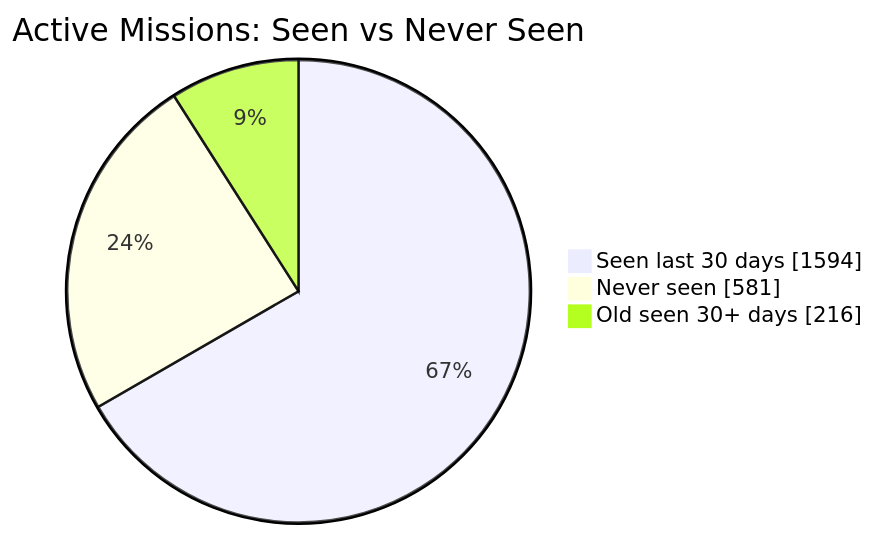
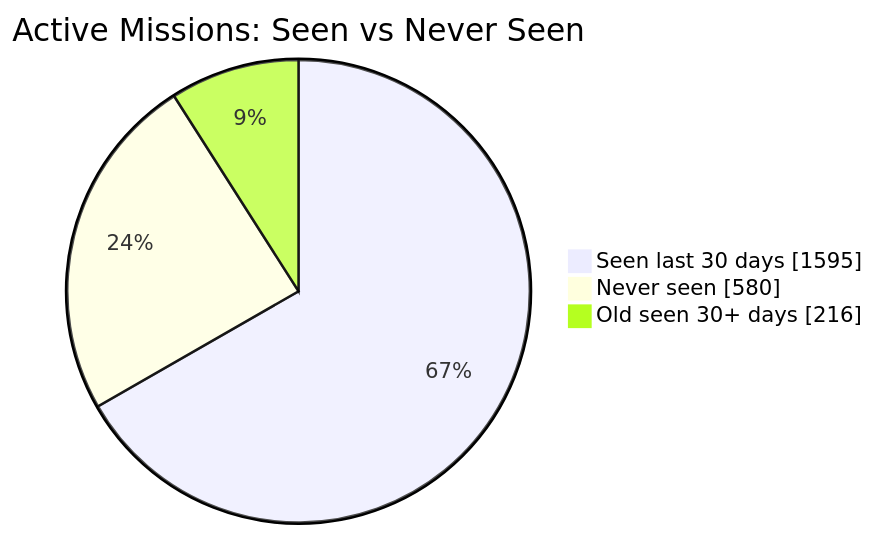
The first of 2 diagrams in README.md (MeldkamerspelGameTeam/active-missions), drawn with Mermaid before and after one commit. The commit also changed other lines of this file and 3 other files, not shown here.

````diff
--- a/README.md
+++ b/README.md
@@ -34,7 +34,7 @@
 ```mermaid
 pie showData
     title Active Missions: Seen vs Never Seen
-    "Seen last 30 days" : 1594
-    "Never seen" : 581
+    "Seen last 30 days" : 1595
+    "Never seen" : 580
     "Old seen 30+ days" : 216
 ```
````
